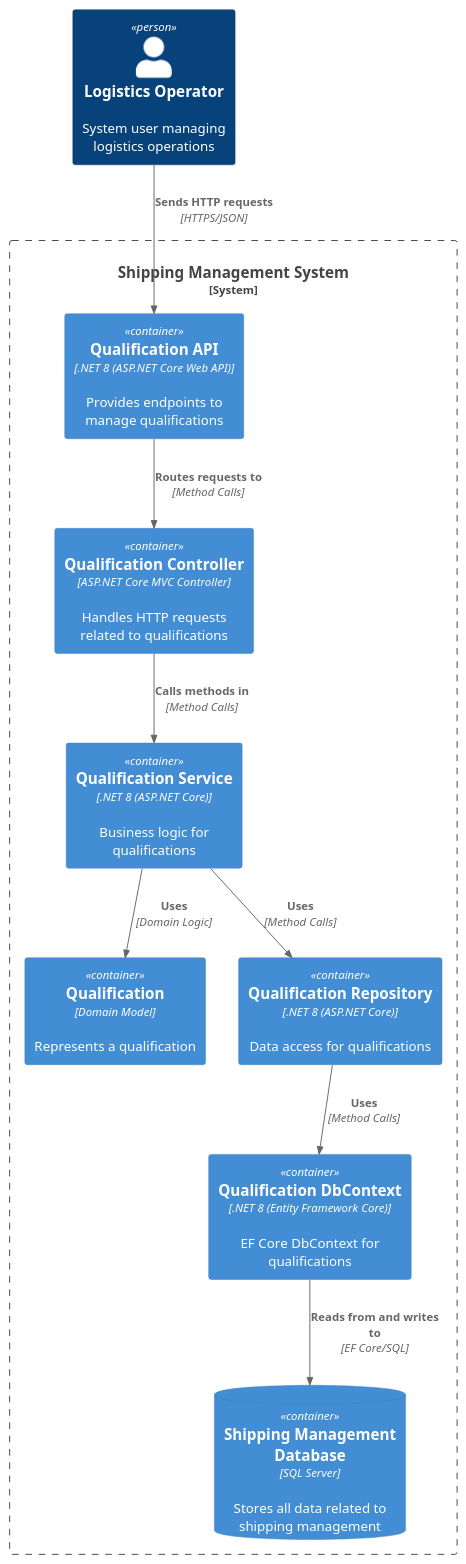
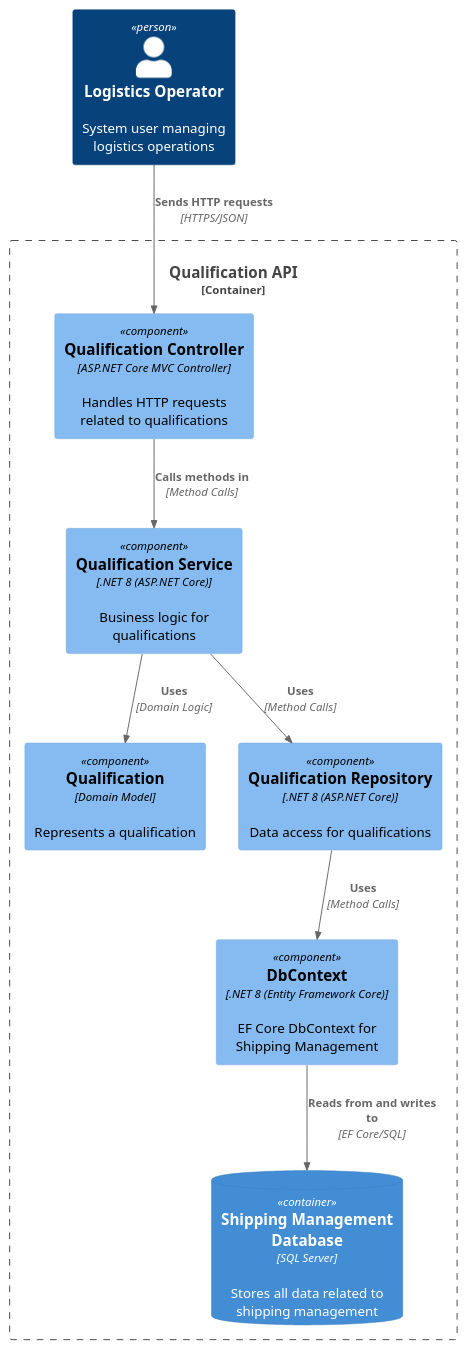
The diagram in docs/sprintA/us2.2.13/diagrams/system-sequence-diagram-US2.2.13-nivel-3.puml (RafaCosta04/LEI-SEM5-PI-2025-26-3DG-03), drawn with PlantUML before and after one commit. The commit also changed 2 other files, not shown here.

Commit message:
changes made on readme file to update C4 model and add test #14

```diff
--- a/docs/sprintA/us2.2.13/diagrams/system-sequence-diagram-US2.2.13-nivel-3.puml
+++ b/docs/sprintA/us2.2.13/diagrams/system-sequence-diagram-US2.2.13-nivel-3.puml
@@ -1,28 +1,27 @@
 @startuml Qualifications
 !include https://raw.githubusercontent.com/plantuml-stdlib/C4-PlantUML/master/C4_Container.puml
+!include https://raw.githubusercontent.com/plantuml-stdlib/C4-PlantUML/master/C4_Component.puml
 
 Person(LOA, "Logistics Operator", "System user managing logistics operations")
 
-System_Boundary(sms, "Shipping Management System") {
-    Container(Qualificationapi, "Qualification API", ".NET 8 (ASP.NET Core Web API)", "Provides endpoints to manage qualifications")
-    Container(QualificationController, "Qualification Controller", "ASP.NET Core MVC Controller", "Handles HTTP requests related to qualifications")
-    Container(QualificationService, "Qualification Service", ".NET 8 (ASP.NET Core)", "Business logic for qualifications")
-    Container(Qualification, "Qualification", "Domain Model", "Represents a qualification")
-    Container(QualificationRepository, "Qualification Repository", ".NET 8 (ASP.NET Core)", "Data access for qualifications")
-    Container(QualificationDbContext, "Qualification DbContext", ".NET 8 (Entity Framework Core)", "EF Core DbContext for qualifications")
+Container_Boundary(Qualificationapi, "Qualification API") {
+    Component(QualificationController, "Qualification Controller", "ASP.NET Core MVC Controller", "Handles HTTP requests related to qualifications")
+    Component(QualificationService, "Qualification Service", ".NET 8 (ASP.NET Core)", "Business logic for qualifications")
+    Component(Qualification, "Qualification", "Domain Model", "Represents a qualification")
+    Component(QualificationRepository, "Qualification Repository", ".NET 8 (ASP.NET Core)", "Data access for qualifications")
+    Component(DbContext, "DbContext", ".NET 8 (Entity Framework Core)", "EF Core DbContext for Shipping Management")
     ContainerDb(db, "Shipping Management Database", "SQL Server", "Stores all data related to shipping management")
 }
 
-Qualificationapi -[hidden]right-> QualificationController
 QualificationService -[hidden]right-> Qualification
-QualificationRepository -[hidden]right-> QualificationDbContext
+QualificationRepository -[hidden]right-> DbContext
 
-Rel(LOA, Qualificationapi, "Sends HTTP requests", "HTTPS/JSON")
-Rel(Qualificationapi, QualificationController, "Routes requests to", "Method Calls")
+
+Rel(LOA, QualificationController, "Sends HTTP requests", "HTTPS/JSON")
 Rel(QualificationController, QualificationService, "Calls methods in", "Method Calls")
 Rel(QualificationService, Qualification, "Uses", "Domain Logic")
 Rel(QualificationService, QualificationRepository, "Uses", "Method Calls")
-Rel(QualificationRepository, QualificationDbContext, "Uses", "Method Calls")
-Rel(QualificationDbContext, db, "Reads from and writes to", "EF Core/SQL")
+Rel(QualificationRepository, DbContext, "Uses", "Method Calls")
+Rel(DbContext, db, "Reads from and writes to", "EF Core/SQL")
 
 @enduml
```
